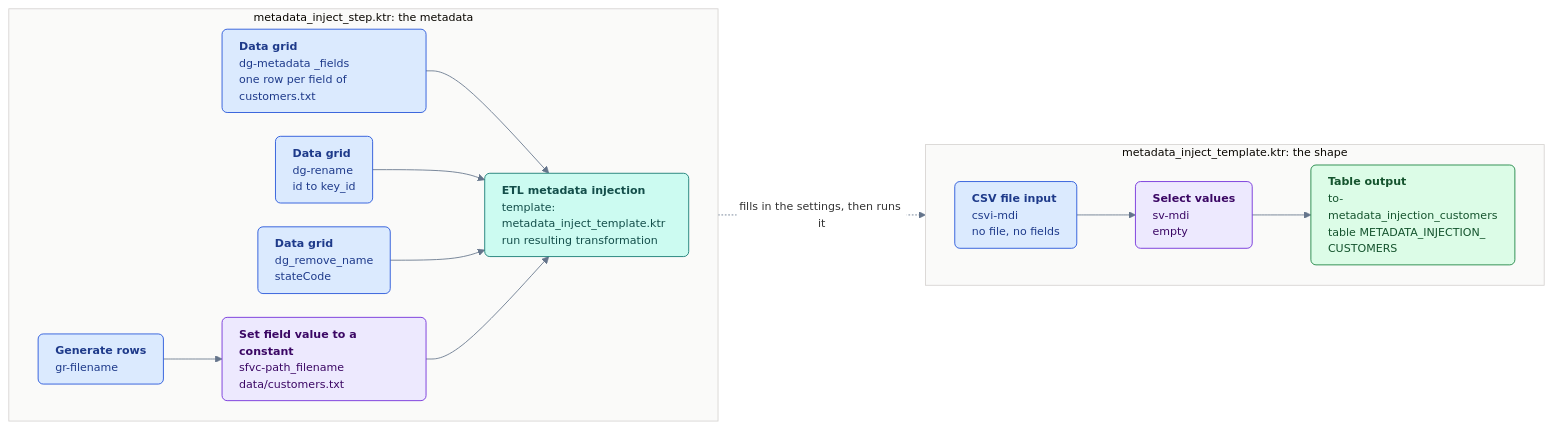
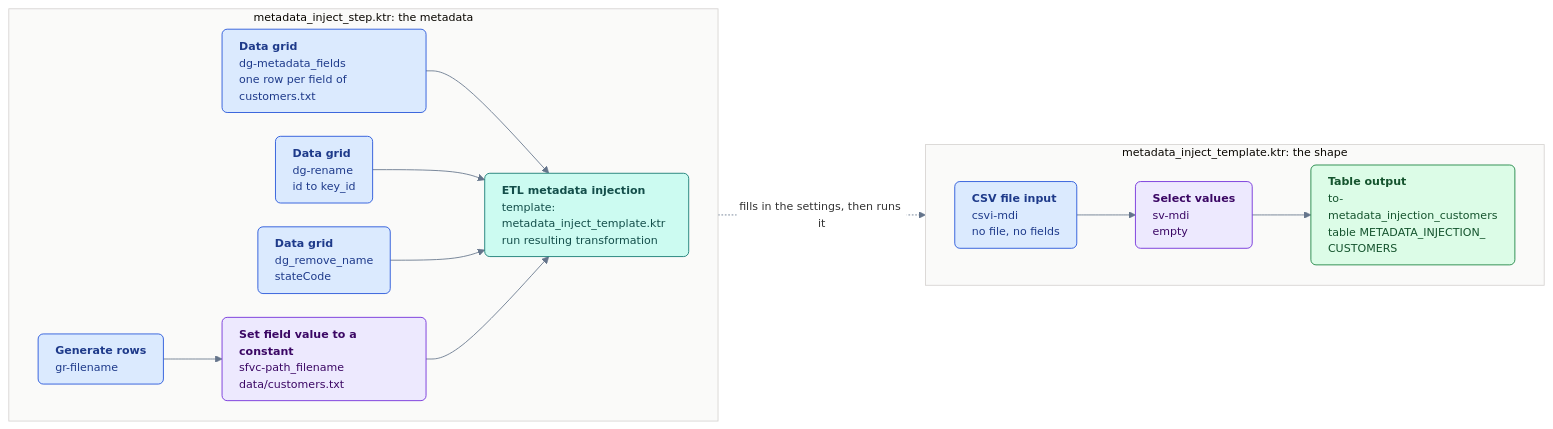
The diagram in developer-di-practitioner/_assets/diagrams/metadata-injection-onboarding.mmd (jporeilly/Pentaho-Courses), drawn with Mermaid before and after one commit. The commit also changed 365 other files, not shown here.

```diff
--- a/developer-di-practitioner/_assets/diagrams/metadata-injection-onboarding.mmd
+++ b/developer-di-practitioner/_assets/diagrams/metadata-injection-onboarding.mmd
@@ -1,28 +1,28 @@
 %%{init: {"theme":"base","themeVariables":{"fontFamily":"Segoe UI, Helvetica, Arial, sans-serif","fontSize":"13px","lineColor":"#64748b","clusterBkg":"#fafaf9","clusterBorder":"#d6d3d1","edgeLabelBackground":"#ffffff"},"flowchart":{"curve":"basis","nodeSpacing":28,"rankSpacing":44,"padding":10,"htmlLabels":true}}}%%
 flowchart LR
   classDef input fill:#dbeafe,stroke:#1d4ed8,color:#1e3a8a,text-align:left,rx:6,ry:6
   classDef enrich fill:#ede9fe,stroke:#6d28d9,color:#3b0764,text-align:left,rx:6,ry:6
   classDef inject fill:#ccfbf1,stroke:#0f766e,color:#134e4a,text-align:left,rx:6,ry:6
   classDef output fill:#dcfce7,stroke:#15803d,color:#14532d,text-align:left,rx:6,ry:6
   subgraph injector ["metadata_inject_step.ktr: the metadata"]
     direction LR
-    A["<b>Data grid</b><br/>dg-metadata _fields<br/>one row per field of customers.txt"]:::input
+    A["<b>Data grid</b><br/>dg-metadata_fields<br/>one row per field of customers.txt"]:::input
     B["<b>Data grid</b><br/>dg-rename<br/>id to key_id"]:::input
     C["<b>Data grid</b><br/>dg_remove_name<br/>stateCode"]:::input
     D["<b>Generate rows</b><br/>gr-filename"]:::input
     E["<b>Set field value to a constant</b><br/>sfvc-path_filename<br/>data/customers.txt"]:::enrich
     M["<b>ETL metadata injection</b><br/>template: metadata_inject_template.ktr<br/>run resulting transformation"]:::inject
     D --> E
     A --> M
     B --> M
     C --> M
     E --> M
   end
   subgraph template ["metadata_inject_template.ktr: the shape"]
     direction LR
     T1["<b>CSV file input</b><br/>csvi-mdi<br/>no file, no fields"]:::input
     T2["<b>Select values</b><br/>sv-mdi<br/>empty"]:::enrich
     T3["<b>Table output</b><br/>to-metadata_injection_customers<br/>table METADATA_INJECTION_<br/>CUSTOMERS"]:::output
     T1 --> T2 --> T3
   end
   M -.->|fills in the settings, then runs it| T1
```
